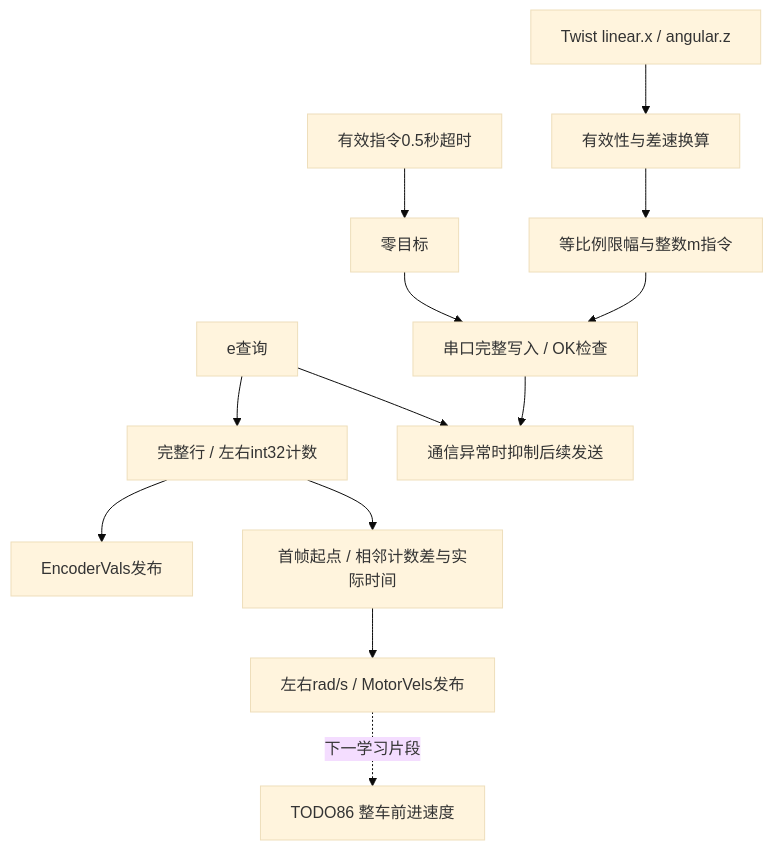
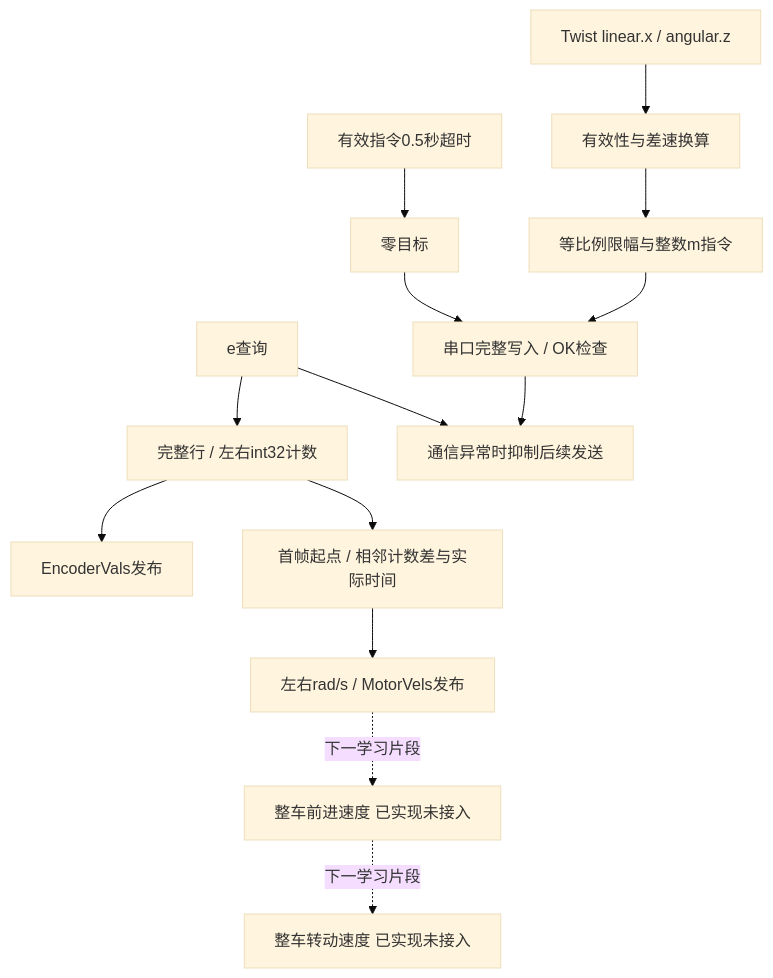
One commit to Cooper-Yu/fastbot changed the diagram in serial_motor/docs/flow.md. Above: the diagram before and after it, drawn with Mermaid (base theme). The commit also changed other lines of this file and 3 other files, not shown here.

````diff
--- a/serial_motor/docs/flow.md
+++ b/serial_motor/docs/flow.md
@@ -3,15 +3,16 @@
 ```mermaid
 flowchart TD
   A[Twist linear.x / angular.z] --> B[有效性与差速换算]
   B --> C[等比例限幅与整数m指令]
   C --> D[串口完整写入 / OK检查]
   E[有效指令0.5秒超时] --> F[零目标]
   F --> D
   G[e查询] --> H[完整行 / 左右int32计数]
   H --> I[EncoderVals发布]
   H --> J[首帧起点 / 相邻计数差与实际时间]
   J --> K[左右rad/s / MotorVels发布]
   D --> L[通信异常时抑制后续发送]
   G --> L
-  K -. 下一学习片段 .-> M[TODO86 整车前进速度]
+  K -. 下一学习片段 .-> M[整车前进速度 已实现未接入]
+  M -. 下一学习片段 .-> N[整车转动速度 已实现未接入]
 ```
````
